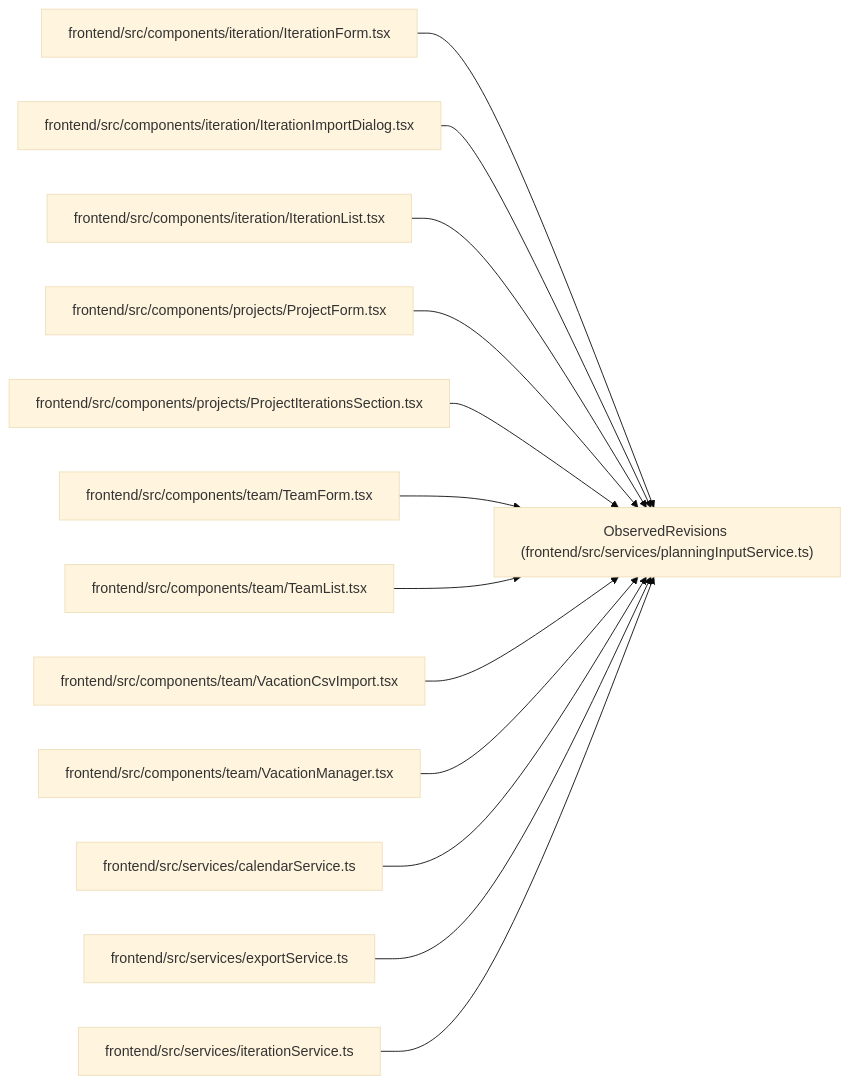
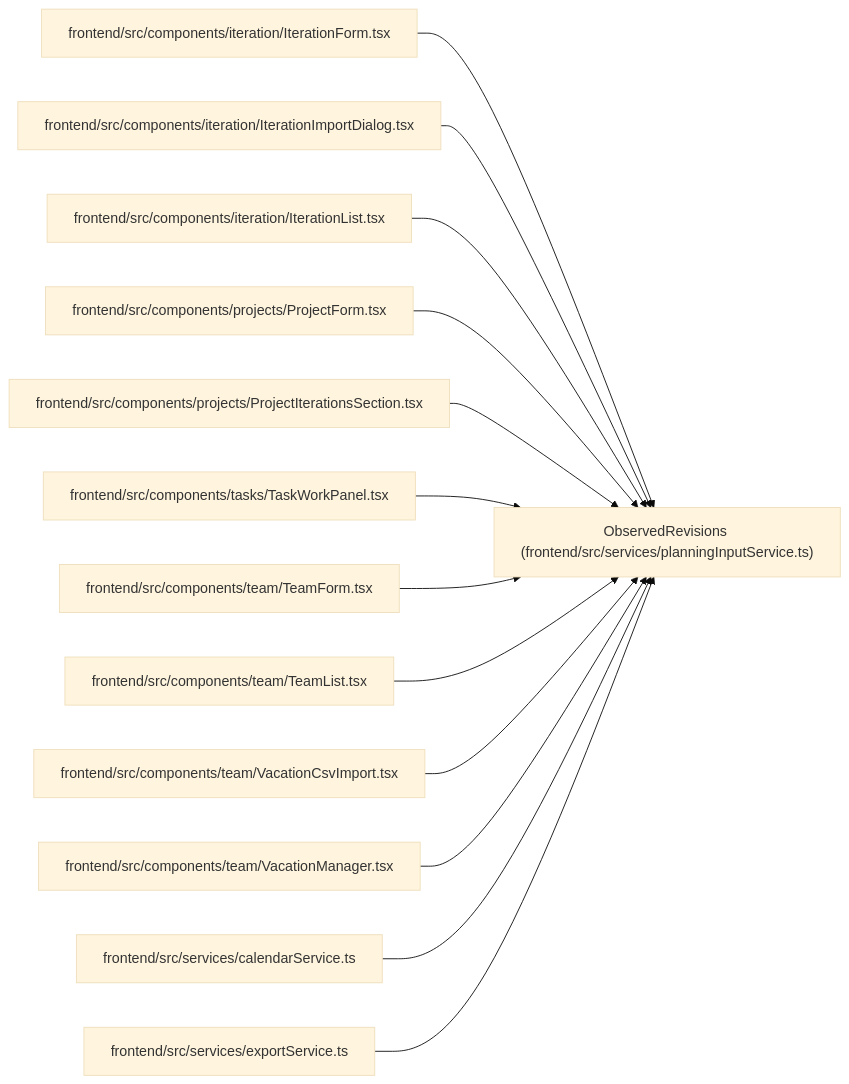
The diagram in docs/llm_wiki/entities/ObservedRevisions.md (Denissvgn/WorkChord), drawn with Mermaid (base theme) before and after one commit. The commit also changed other lines of this file and 331 other files, not shown here.

````diff
--- a/docs/llm_wiki/entities/ObservedRevisions.md
+++ b/docs/llm_wiki/entities/ObservedRevisions.md
@@ -23,41 +23,41 @@
 ```mermaid
 flowchart LR
     n0["ObservedRevisions (frontend/src/services/planningInputService.ts)"]
     n1["frontend/src/components/iteration/IterationForm.tsx"]
     n2["frontend/src/components/iteration/IterationImportDialog.tsx"]
     n3["frontend/src/components/iteration/IterationList.tsx"]
     n4["frontend/src/components/projects/ProjectForm.tsx"]
     n5["frontend/src/components/projects/ProjectIterationsSection.tsx"]
-    n6["frontend/src/components/team/TeamForm.tsx"]
-    n7["frontend/src/components/team/TeamList.tsx"]
-    n8["frontend/src/components/team/VacationCsvImport.tsx"]
-    n9["frontend/src/components/team/VacationManager.tsx"]
-    n10["frontend/src/services/calendarService.ts"]
-    n11["frontend/src/services/exportService.ts"]
-    n12["frontend/src/services/iterationService.ts"]
+    n6["frontend/src/components/tasks/TaskWorkPanel.tsx"]
+    n7["frontend/src/components/team/TeamForm.tsx"]
+    n8["frontend/src/components/team/TeamList.tsx"]
+    n9["frontend/src/components/team/VacationCsvImport.tsx"]
+    n10["frontend/src/components/team/VacationManager.tsx"]
+    n11["frontend/src/services/calendarService.ts"]
+    n12["frontend/src/services/exportService.ts"]
     n1 --> n0
     n2 --> n0
     n3 --> n0
     n4 --> n0
     n5 --> n0
     n6 --> n0
     n7 --> n0
     n8 --> n0
     n9 --> n0
     n10 --> n0
     n11 --> n0
     n12 --> n0
     click n0 "../modules/planningInputService.md"
     click n1 "../modules/IterationForm.md"
     click n2 "../modules/IterationImportDialog.md"
     click n3 "../modules/IterationList.md"
     click n4 "../modules/ProjectForm.md"
     click n5 "../modules/ProjectIterationsSection.md"
-    click n6 "../modules/TeamForm.md"
-    click n7 "../modules/TeamList.md"
-    click n8 "../modules/VacationCsvImport.md"
-    click n9 "../modules/VacationManager.md"
-    click n10 "../modules/calendarService.md"
-    click n11 "../modules/exportService.md"
-    click n12 "../modules/iterationService.md"
+    click n6 "../modules/TaskWorkPanel.md"
+    click n7 "../modules/TeamForm.md"
+    click n8 "../modules/TeamList.md"
+    click n9 "../modules/VacationCsvImport.md"
+    click n10 "../modules/VacationManager.md"
+    click n11 "../modules/calendarService.md"
+    click n12 "../modules/exportService.md"
 ```
````
